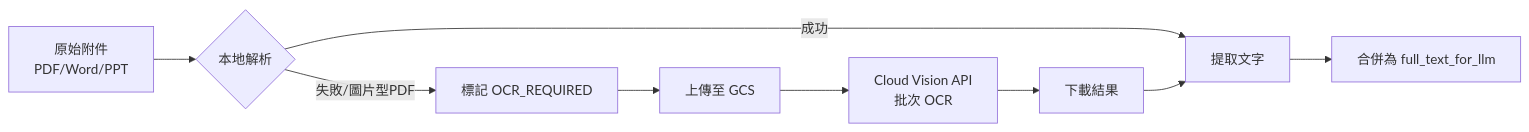
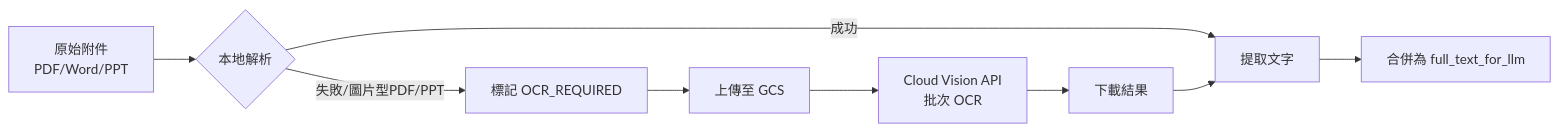
One commit to 8ihc/Scholarship_Finder changed the first of 2 diagrams in README.md. Above: the diagram before and after it, drawn with Mermaid. The commit also changed other lines of this file, not shown here.

````diff
--- a/README.md
+++ b/README.md
@@ -199,11 +208,11 @@
 ```mermaid
 graph LR
     A[原始附件<br/>PDF/Word/PPT] --> B{本地解析}
     B -->|成功| C[提取文字]
-    B -->|失敗/圖片型PDF| D[標記 OCR_REQUIRED]
+    B -->|失敗/圖片型PDF/PPT| D[標記 OCR_REQUIRED]
     D --> E[上傳至 GCS]
     E --> F[Cloud Vision API<br/>批次 OCR]
     F --> G[下載結果]
     G --> C
     C --> H[合併為 full_text_for_llm]
 ```
````
